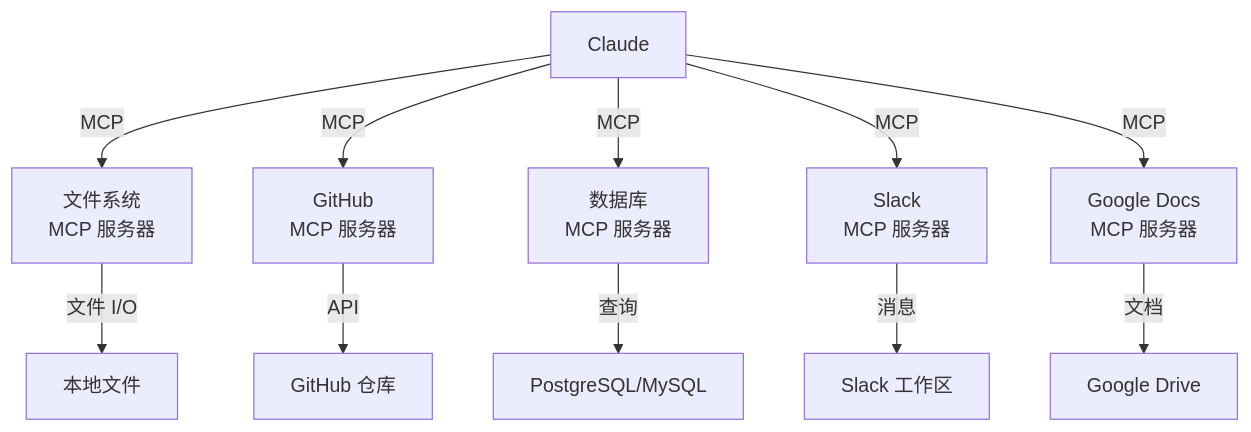
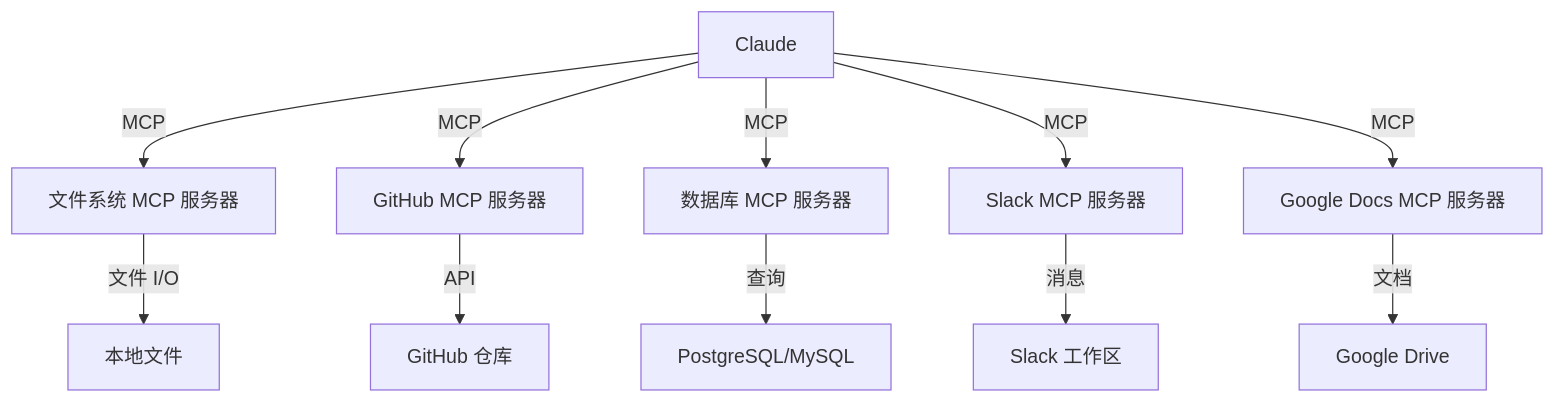
Diagram 13 of 31 in claude_concepts_guide.md (Rx782-Fss/claude-howto-zh), drawn with Mermaid before and after one commit. The commit also changed other lines of this file and 5 other files, not shown here.

Commit message:
fix: Mermaid 内全角括号/问号/emoji/<br/> 改为半角ASCII避免 GitHub 渲染失败

````diff
--- a/claude_concepts_guide.md
+++ b/claude_concepts_guide.md
@@ -963,14 +963,14 @@
 ```mermaid
 graph TB
-    A["Claude"] -->|MCP| B["文件系统<br/>MCP 服务器"]
-    A -->|MCP| C["GitHub<br/>MCP 服务器"]
-    A -->|MCP| D["数据库<br/>MCP 服务器"]
-    A -->|MCP| E["Slack<br/>MCP 服务器"]
-    A -->|MCP| F["Google Docs<br/>MCP 服务器"]
+    A["Claude"] -->|MCP| B["文件系统 MCP 服务器"]
+    A -->|MCP| C["GitHub MCP 服务器"]
+    A -->|MCP| D["数据库 MCP 服务器"]
+    A -->|MCP| E["Slack MCP 服务器"]
+    A -->|MCP| F["Google Docs MCP 服务器"]
 
     B -->|文件 I/O| G["本地文件"]
     C -->|API| H["GitHub 仓库"]
     D -->|查询| I["PostgreSQL/MySQL"]
     E -->|消息| J["Slack 工作区"]
     F -->|文档| K["Google Drive"]
 ```
````
